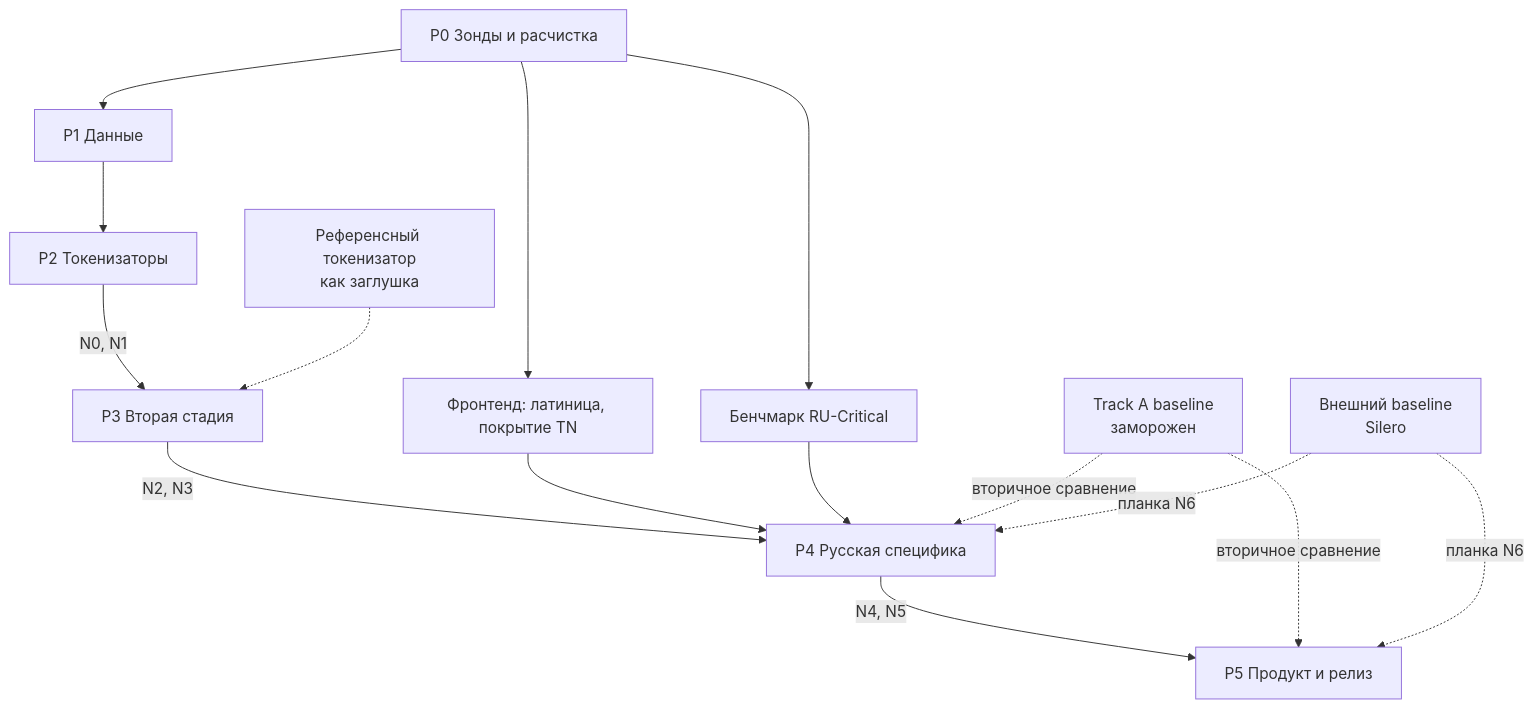
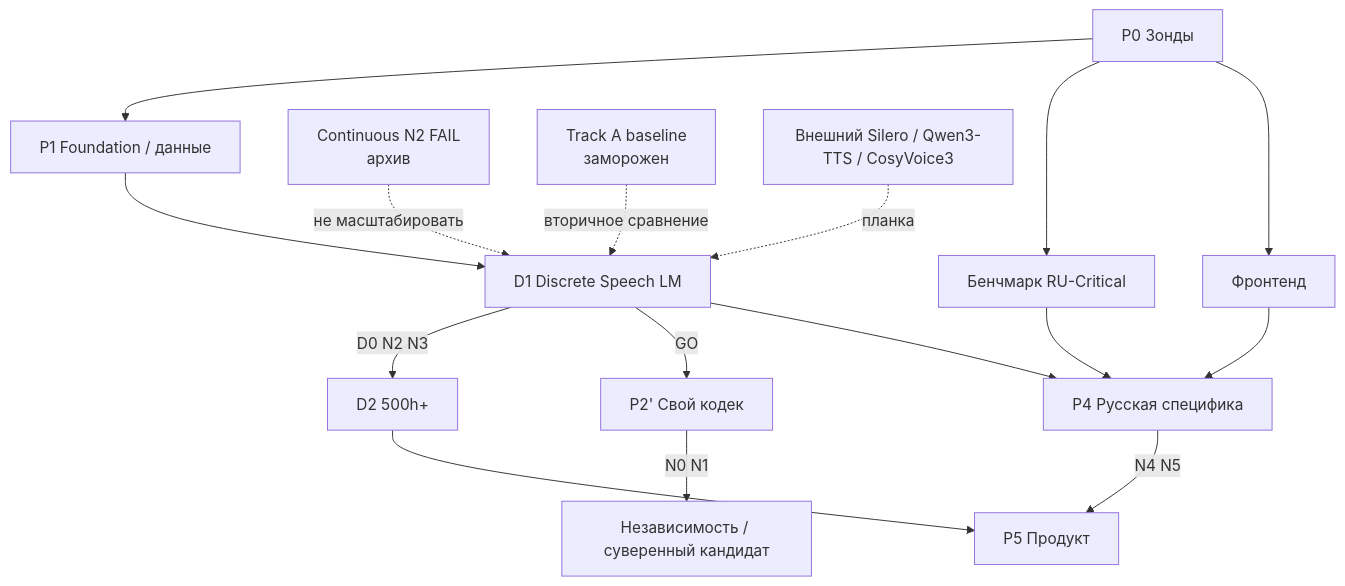
The diagram in .cursor/methodology/09_roadmap.md (AdamCage/tts-self), drawn with Mermaid before and after one commit. The commit also changed other lines of this file and 238 other files, not shown here.

````diff
--- a/.cursor/methodology/09_roadmap.md
+++ b/.cursor/methodology/09_roadmap.md
@@ -179,17 +104,18 @@
 ```mermaid
 graph TD
-    P0[P0 Зонды и расчистка] --> P1[P1 Данные]
+    P0[P0 Зонды] --> P1[P1 Foundation / данные]
     P0 --> BENCH[Бенчмарк RU-Critical]
-    P0 --> FE[Фронтенд: латиница, покрытие TN]
-    P1 --> P2[P2 Токенизаторы]
-    P2 -->|N0, N1| P3[P3 Вторая стадия]
-    REF[Референсный токенизатор<br/>как заглушка] -.-> P3
-    P3 -->|N2, N3| P4[P4 Русская специфика]
+    P0 --> FE[Фронтенд]
+    P1 --> D1[D1 Discrete Speech LM]
+    N2FAIL[Continuous N2 FAIL<br/>архив] -.->|не масштабировать| D1
+    D1 -->|D0 N2 N3| D2[D2 500h+]
+    D1 -->|GO| P2p[P2' Свой кодек]
+    P2p -->|N0 N1| INDEP[Независимость / суверенный кандидат]
+    D1 --> P4[P4 Русская специфика]
     FE --> P4
     BENCH --> P4
-    P4 -->|N4, N5| P5[P5 Продукт и релиз]
-    TRACKA[Track A baseline<br/>заморожен] -.вторичное сравнение.-> P4
-    TRACKA -.вторичное сравнение.-> P5
-    EXT[Внешний baseline<br/>Silero] -.планка N6.-> P4
-    EXT -.планка N6.-> P5
+    P4 -->|N4 N5| P5[P5 Продукт]
+    D2 --> P5
+    TRACKA[Track A baseline<br/>заморожен] -.вторичное сравнение.-> D1
+    EXT[Внешний Silero / Qwen3-TTS / CosyVoice3] -.планка.-> D1
 ```
````
